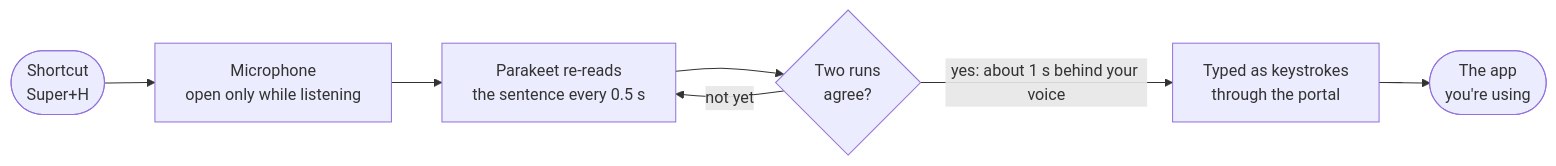
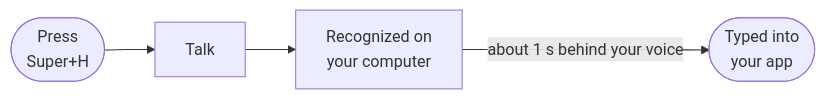
One commit to gabus/murmur changed the first of 2 diagrams in README.md. Above: the diagram before and after it, drawn with Mermaid. The commit also changed other lines of this file and 1 other file, not shown here.

````diff
--- a/README.md
+++ b/README.md
@@ -56,9 +54,6 @@
 ```mermaid
 flowchart LR
-    key(["Shortcut<br/>Super+H"]) --> mic["Microphone<br/>open only while listening"]
-    mic --> asr["Parakeet re-reads<br/>the sentence every 0.5 s"]
-    asr --> agree{"Two runs<br/>agree?"}
-    agree -->|"yes: about 1 s behind your voice"| type["Typed as keystrokes<br/>through the portal"]
-    agree -->|not yet| asr
-    type --> app(["The app<br/>you're using"])
+    key(["Press<br/>Super+H"]) --> talk["Talk"]
+    talk --> rec["Recognized on<br/>your computer"]
+    rec -->|"about 1 s behind your voice"| app(["Typed into<br/>your app"])
 ```
````
